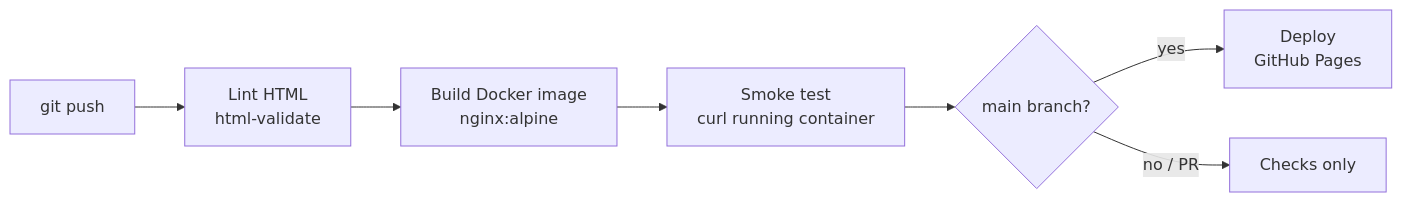
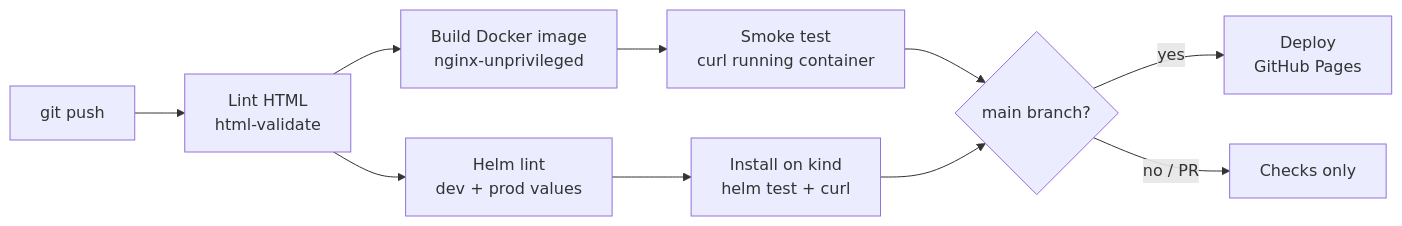
The diagram in README.md (Shobhin15/shobhin15.github.io), drawn with Mermaid before and after one commit. The commit also changed other lines of this file and 15 other files, not shown here.

Commit message:
Add Helm chart with kind install test; run NGINX as non-root

````diff
--- a/README.md
+++ b/README.md
@@ -13,9 +13,12 @@
 ```mermaid
 flowchart LR
     A[git push] --> B[Lint HTML<br/>html-validate]
-    B --> C[Build Docker image<br/>nginx:alpine]
+    B --> C[Build Docker image<br/>nginx-unprivileged]
     C --> D[Smoke test<br/>curl running container]
+    B --> H[Helm lint<br/>dev + prod values]
+    H --> I[Install on kind<br/>helm test + curl]
     D --> E{main branch?}
+    I --> E
     E -- yes --> F[Deploy<br/>GitHub Pages]
     E -- no / PR --> G[Checks only]
 ```
````
